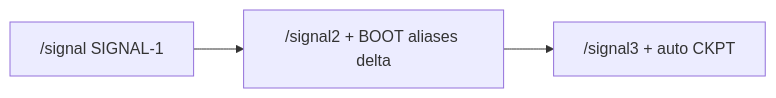
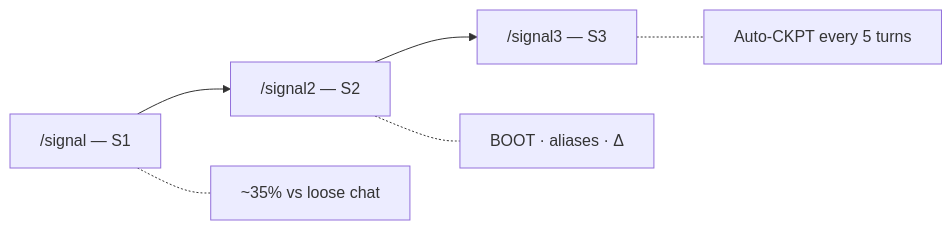
Before and after one commit to mattbaconz/signal: the third of 3 diagrams in README.md, drawn with Mermaid. The commit also changed other lines of this file and 95 other files, not shown here.

````diff
--- a/README.md
+++ b/README.md
@@ -68,7 +95,8 @@
 ```mermaid
 flowchart LR
-  s1["/signal SIGNAL-1"]
-  s2["/signal2 + BOOT aliases delta"]
-  s3["/signal3 + auto CKPT"]
-  s1 --> s2 --> s3
+  S1["/signal — S1"] --> S2["/signal2 — S2"]
+  S2 --> S3["/signal3 — S3"]
+  S1 -.- D1["~35% vs loose chat"]
+  S2 -.- D2["BOOT · aliases · Δ"]
+  S3 -.- D3["Auto-CKPT every 5 turns"]
 ```
````
